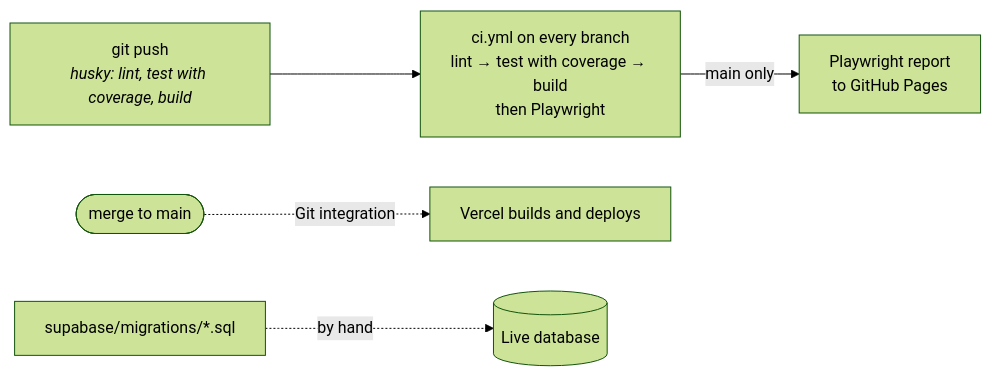
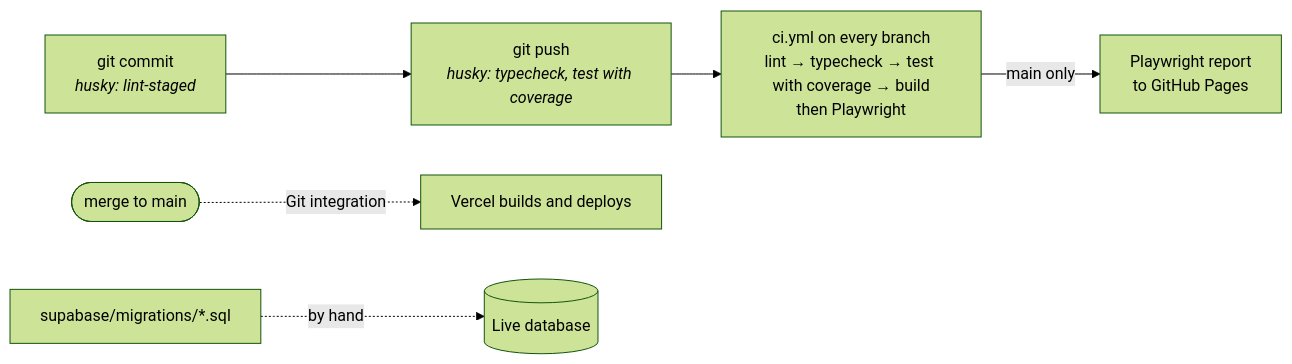
Before and after one commit to Q-Labs/Travel-OS: the fifth of 5 diagrams in docs/architecture.md, drawn with Mermaid (forest theme). The commit also changed other lines of this file and 8 other files, not shown here.

````diff
--- a/docs/architecture.md
+++ b/docs/architecture.md
@@ -173,7 +173,7 @@
 ```mermaid
 flowchart LR
-    push["git push<br/><i>husky: lint, test with coverage, build</i>"] --> ci["ci.yml on every branch<br/>lint → test with coverage → build<br/>then Playwright"]
+    commit["git commit<br/><i>husky: lint-staged</i>"] --> push["git push<br/><i>husky: typecheck, test with coverage</i>"] --> ci["ci.yml on every branch<br/>lint → typecheck → test with coverage → build<br/>then Playwright"]
     ci -->|"main only"| pages["Playwright report<br/>to GitHub Pages"]
     merge(["merge to main"]) -. "Git integration" .-> vercel["Vercel builds and deploys"]
     sql["supabase/migrations/*.sql"] -. "by hand" .-> db[("Live database")]
 ```
````
